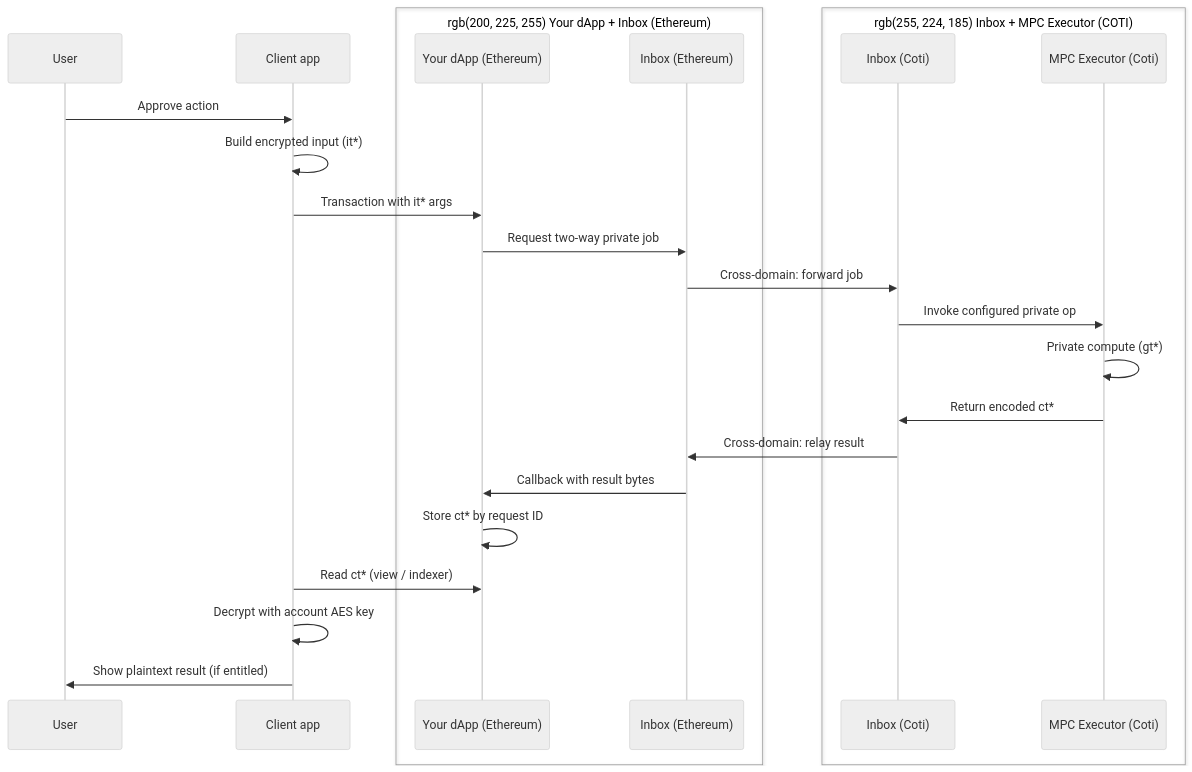
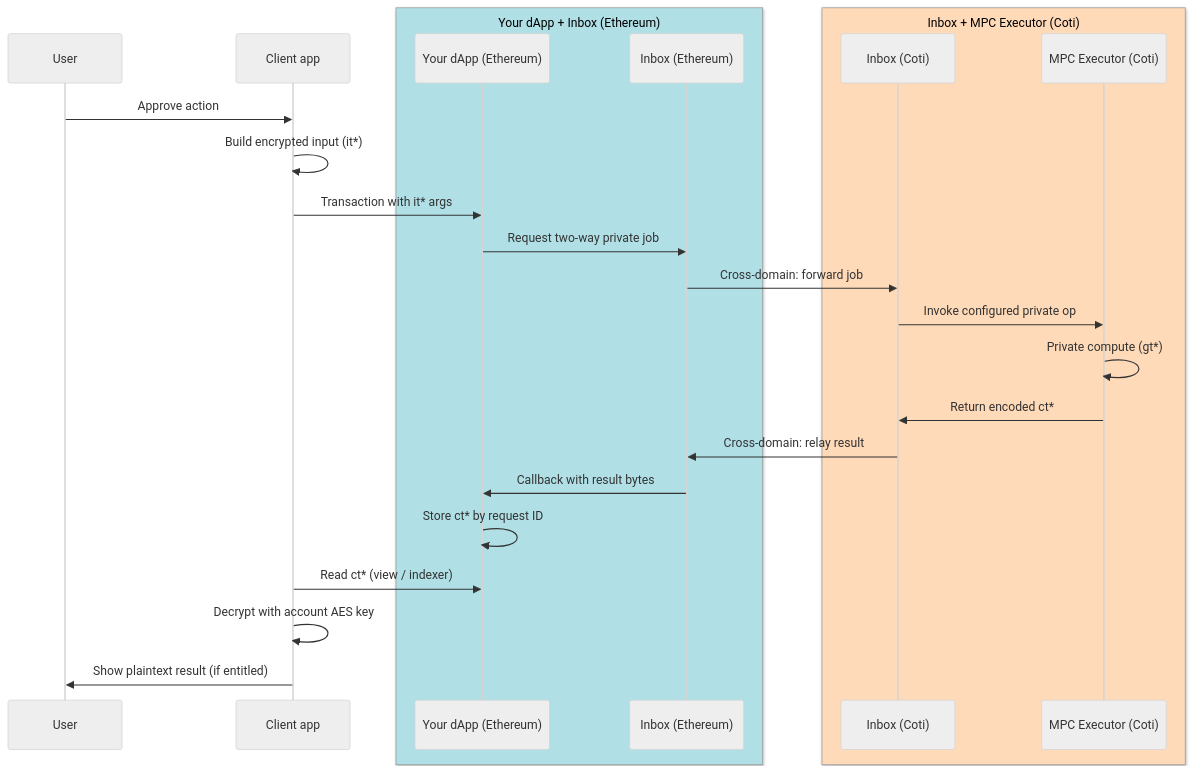
One commit to naiemk-coti/documentation changed the diagram in privacy-on-demand/how-a-private-request-travels-end-to-end.md. Above: the diagram before and after it, drawn with Mermaid (neutral theme). The commit also changed other lines of this file, not shown here.

Commit message:
Fix diagram coloring how-a-private-request-travels-end-to-end.md

````diff
--- a/privacy-on-demand/how-a-private-request-travels-end-to-end.md
+++ b/privacy-on-demand/how-a-private-request-travels-end-to-end.md
@@ -31,28 +33,28 @@
 ```mermaid
 sequenceDiagram
     participant User as User
     participant Client as Client app
-    box rgb(200, 225, 255) Your dApp + Inbox (Ethereum)
+    box PowderBlue Your dApp + Inbox (Ethereum)
         participant Dapp as Your dApp (Ethereum)
         participant InboxEvm as Inbox (Ethereum)
     end
-    box rgb(255, 224, 185) Inbox + MPC Executor (COTI)
+    box PeachPuff Inbox + MPC Executor (Coti)
         participant InboxCoti as Inbox (Coti)
         participant Exec as MPC Executor (Coti)
     end
 
     User->>Client: Approve action
     Client->>Client: Build encrypted input (it*)
     Client->>Dapp: Transaction with it* args
     Dapp->>InboxEvm: Request two-way private job
     InboxEvm->>InboxCoti: Cross-domain: forward job
     InboxCoti->>Exec: Invoke configured private op
     Exec->>Exec: Private compute (gt*)
     Exec->>InboxCoti: Return encoded ct*
     InboxCoti->>InboxEvm: Cross-domain: relay result
     InboxEvm->>Dapp: Callback with result bytes
     Dapp->>Dapp: Store ct* by request ID
     Client->>Dapp: Read ct* (view / indexer)
     Client->>Client: Decrypt with account AES key
     Client->>User: Show plaintext result (if entitled)
 ```
````
